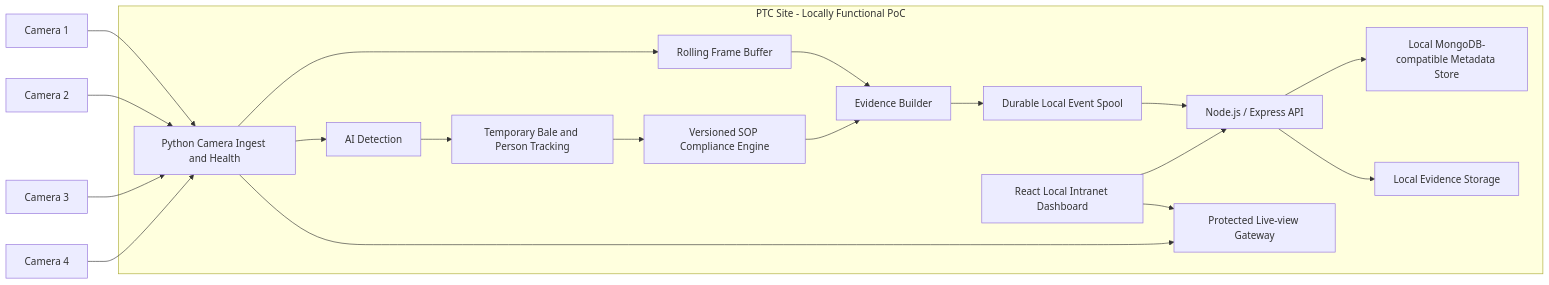
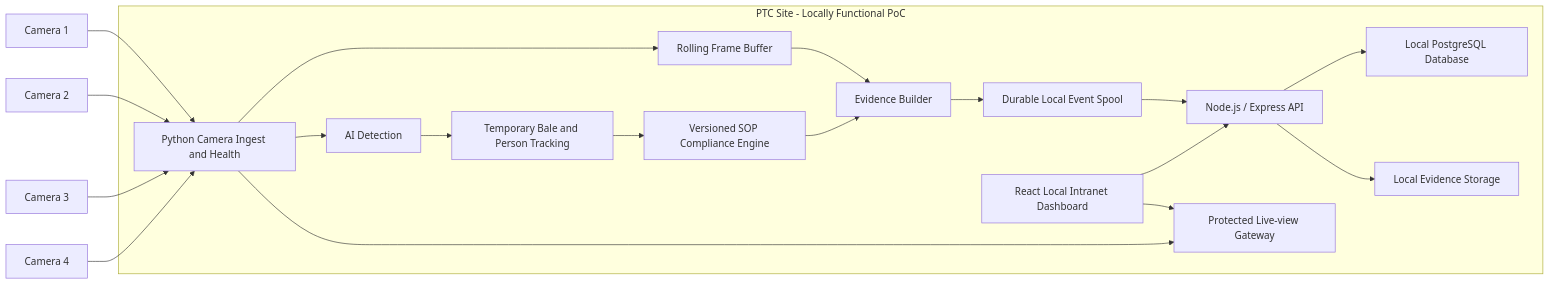
One commit to waseem99/PTC-Bale-Inspection-Monitoring-System changed the first of 2 diagrams in docs/03-solution-architecture.md. Above: the diagram before and after it, drawn with Mermaid. The commit also changed other lines of this file, not shown here.

Commit message:
docs(db): migrate solution architecture to PostgreSQL

````diff
--- a/docs/03-solution-architecture.md
+++ b/docs/03-solution-architecture.md
@@ -13,40 +13,40 @@
 ```mermaid
 flowchart LR
     C1[Camera 1]
     C2[Camera 2]
     C3[Camera 3]
     C4[Camera 4]
 
     subgraph SITE[PTC Site - Locally Functional PoC]
         INGEST[Python Camera Ingest and Health]
         BUFFER[Rolling Frame Buffer]
         DETECT[AI Detection]
         TRACK[Temporary Bale and Person Tracking]
         RULES[Versioned SOP Compliance Engine]
         EVIDENCE[Evidence Builder]
         SPOOL[Durable Local Event Spool]
         API[Node.js / Express API]
-        DB[Local MongoDB-compatible Metadata Store]
+        DB[Local PostgreSQL Database]
         FILES[Local Evidence Storage]
         WEB[React Local Intranet Dashboard]
         LIVE[Protected Live-view Gateway]
     end
 
     C1 --> INGEST
     C2 --> INGEST
     C3 --> INGEST
     C4 --> INGEST
     INGEST --> BUFFER
     INGEST --> DETECT
     DETECT --> TRACK
     TRACK --> RULES
     BUFFER --> EVIDENCE
     RULES --> EVIDENCE
     EVIDENCE --> SPOOL
     INGEST --> LIVE
     SPOOL --> API
     API --> DB
     API --> FILES
     WEB --> API
     WEB --> LIVE
 ```
````
